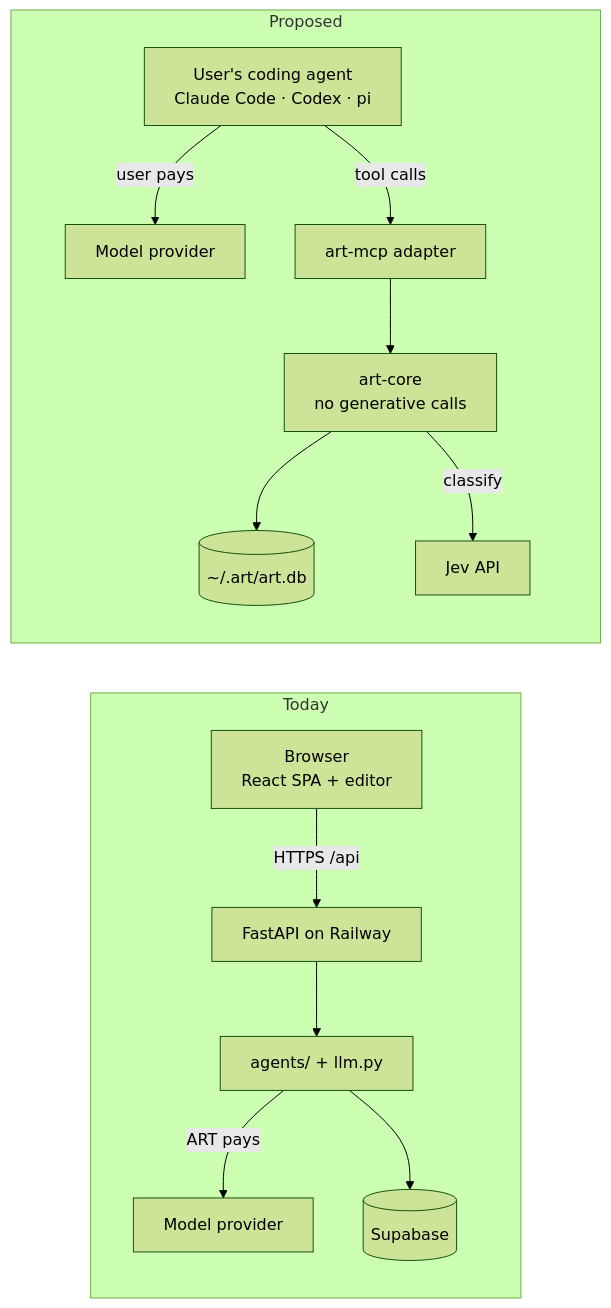
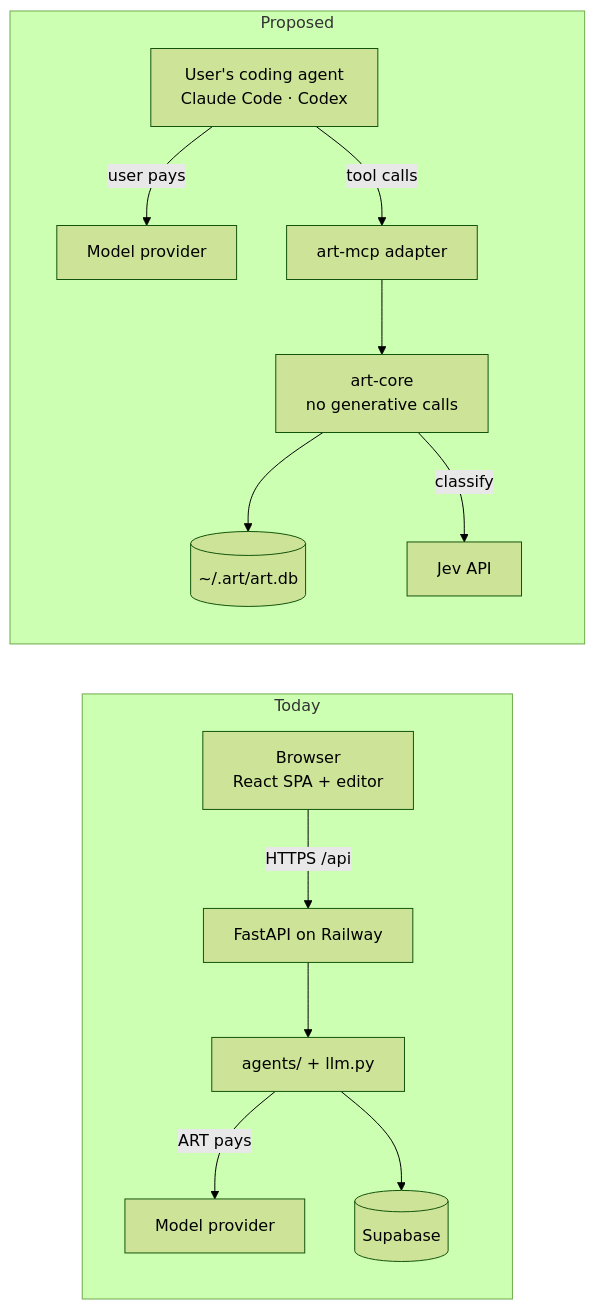
The first of 6 diagrams in docs/harness.md (nathansso/agentic_resume_tailoring), drawn with Mermaid (forest theme) before and after one commit. The commit also changed other lines of this file and 4 other files, not shown here.

First line of the commit message:
docs(harness): target Claude Code and Codex only; drop pi and art rpc

````diff
--- a/docs/harness.md
+++ b/docs/harness.md
@@ -38,16 +38,16 @@
 ```mermaid
 flowchart LR
     subgraph Today
         B[Browser<br/>React SPA + editor] -->|HTTPS /api| F[FastAPI on Railway]
         F --> AG[agents/ + llm.py]
         AG -->|ART pays| MP[Model provider]
         AG --> SB[(Supabase)]
     end
     subgraph Proposed
-        H[User's coding agent<br/>Claude Code · Codex · pi] -->|user pays| MP2[Model provider]
+        H[User's coding agent<br/>Claude Code · Codex] -->|user pays| MP2[Model provider]
         H -->|tool calls| MCP[art-mcp adapter]
         MCP --> CORE[art-core<br/>no generative calls]
         CORE --> DB[(~/.art/art.db)]
         CORE -->|classify| JEV[Jev API]
     end
 ```
````
